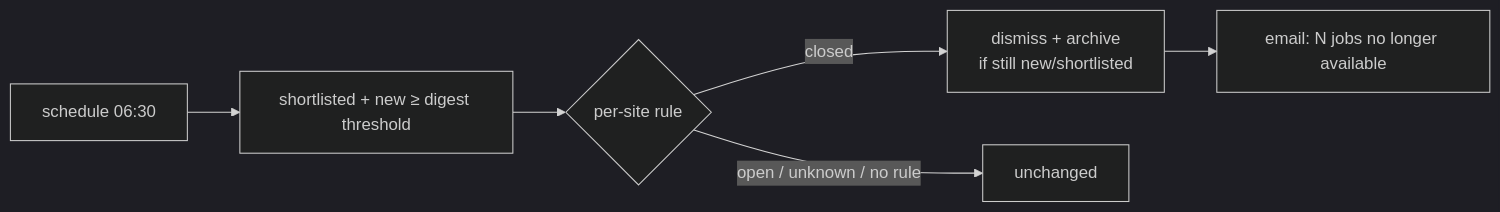
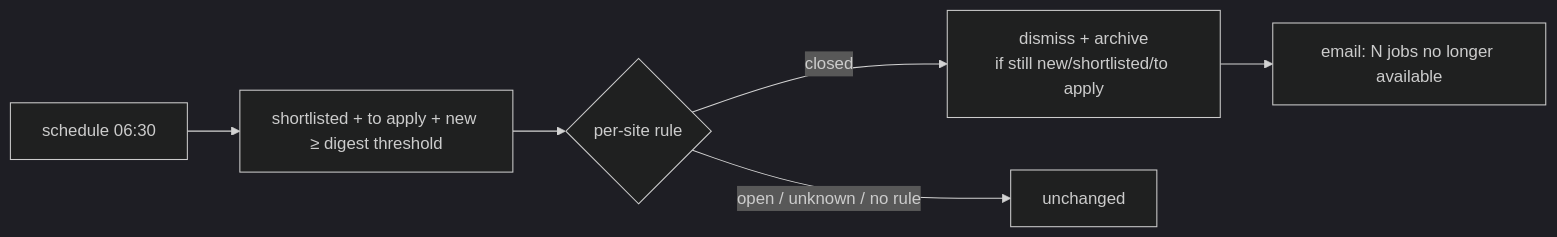
Before and after one commit to pppdns/job-agent-mastra: diagram 12 of 15 in docs/architecture.md, drawn with Mermaid (dark theme). The commit also changed other lines of this file and 6 other files, not shown here.

````diff
--- a/docs/architecture.md
+++ b/docs/architecture.md
@@ -346,6 +346,6 @@
 ```mermaid
 flowchart LR
-  CRON["schedule 06:30"] --> SEL[shortlisted + new ≥ digest threshold] --> CHK{per-site rule}
-  CHK -->|closed| DIS[dismiss + archive<br/>if still new/shortlisted] --> MAIL["email: N jobs no longer available"]
+  CRON["schedule 06:30"] --> SEL[shortlisted + to apply + new ≥ digest threshold] --> CHK{per-site rule}
+  CHK -->|closed| DIS[dismiss + archive<br/>if still new/shortlisted/to apply] --> MAIL["email: N jobs no longer available"]
   CHK -->|open / unknown / no rule| KEEP[unchanged]
 ```
````
